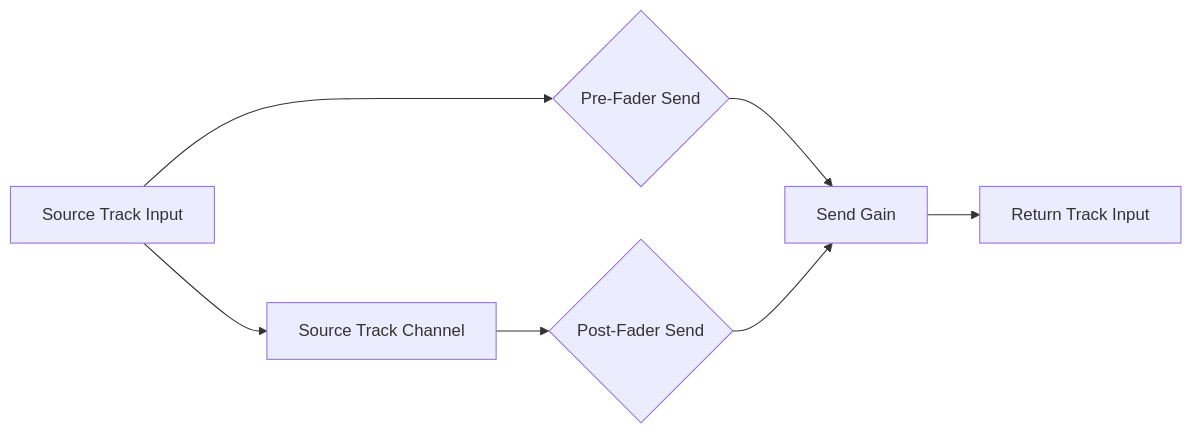
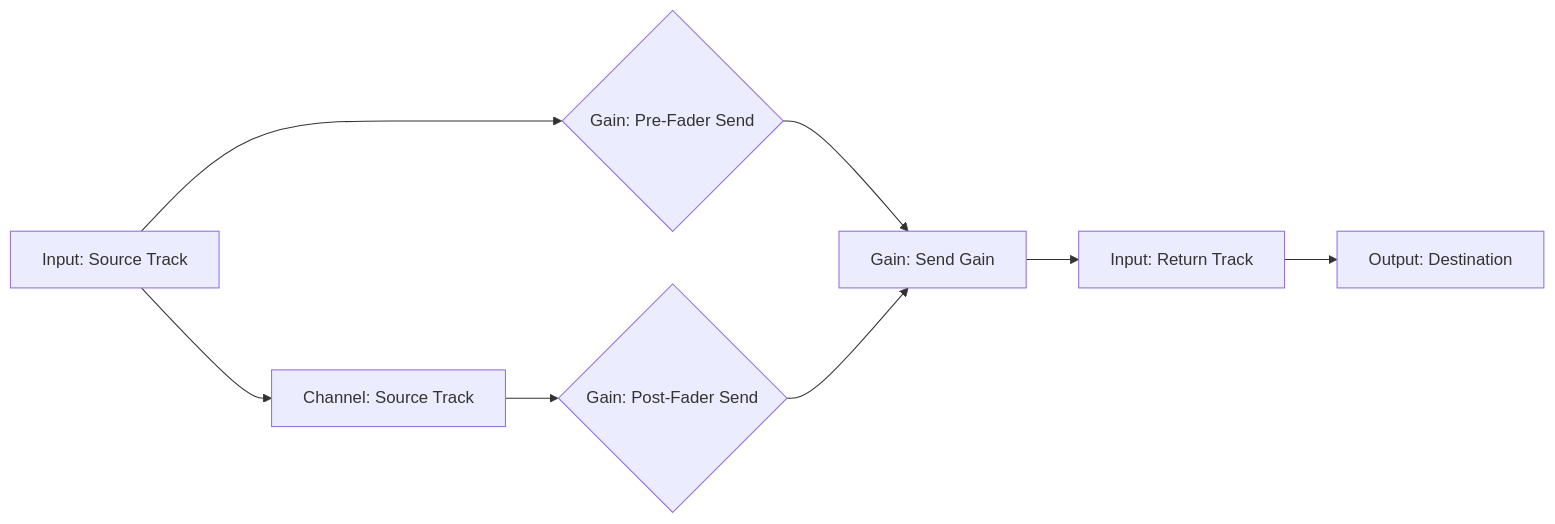
Before and after one commit to yannmazita/daw.ts: the seventh of 9 diagrams in README.md, drawn with Mermaid. The commit also changed other lines of this file, not shown here.

````diff
--- a/README.md
+++ b/README.md
@@ -199,9 +319,10 @@
 ```mermaid
 graph LR
-    A[Source Track Input] --> B{Pre-Fader Send};
-    A --> C[Source Track Channel];
-    C --> D{Post-Fader Send};
-    B --> E[Send Gain];
+    A[Input: Source Track] --> B{Gain: Pre-Fader Send};
+    A --> C[Channel: Source Track];
+    C --> D{Gain: Post-Fader Send};
+    B --> E[Gain: Send Gain];
     D --> E;
-    E --> F[Return Track Input];
+    E --> F[Input: Return Track];
+    F --> G[Output: Destination]
 ```
````
